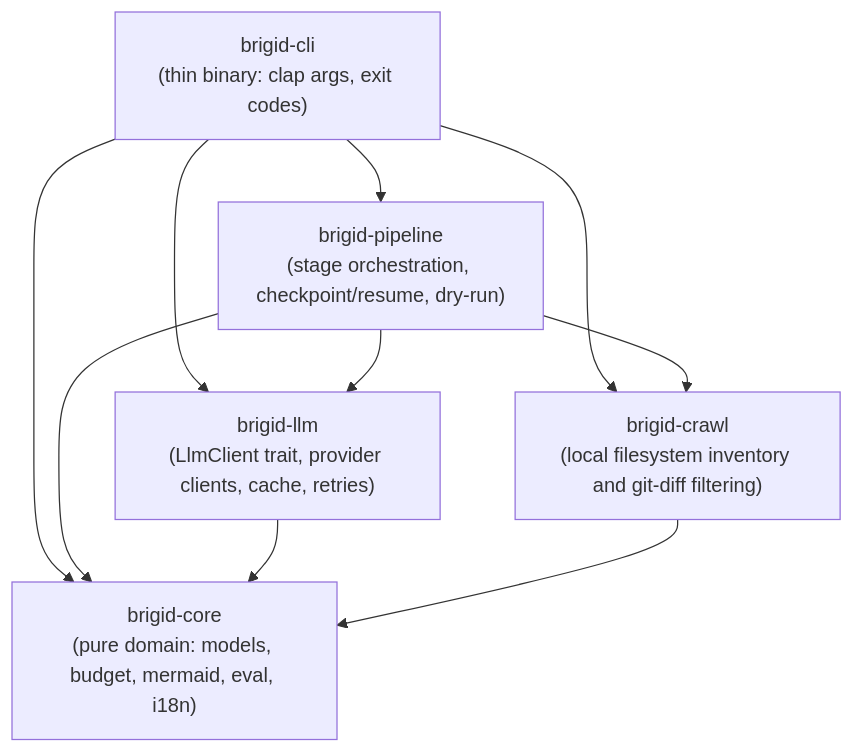
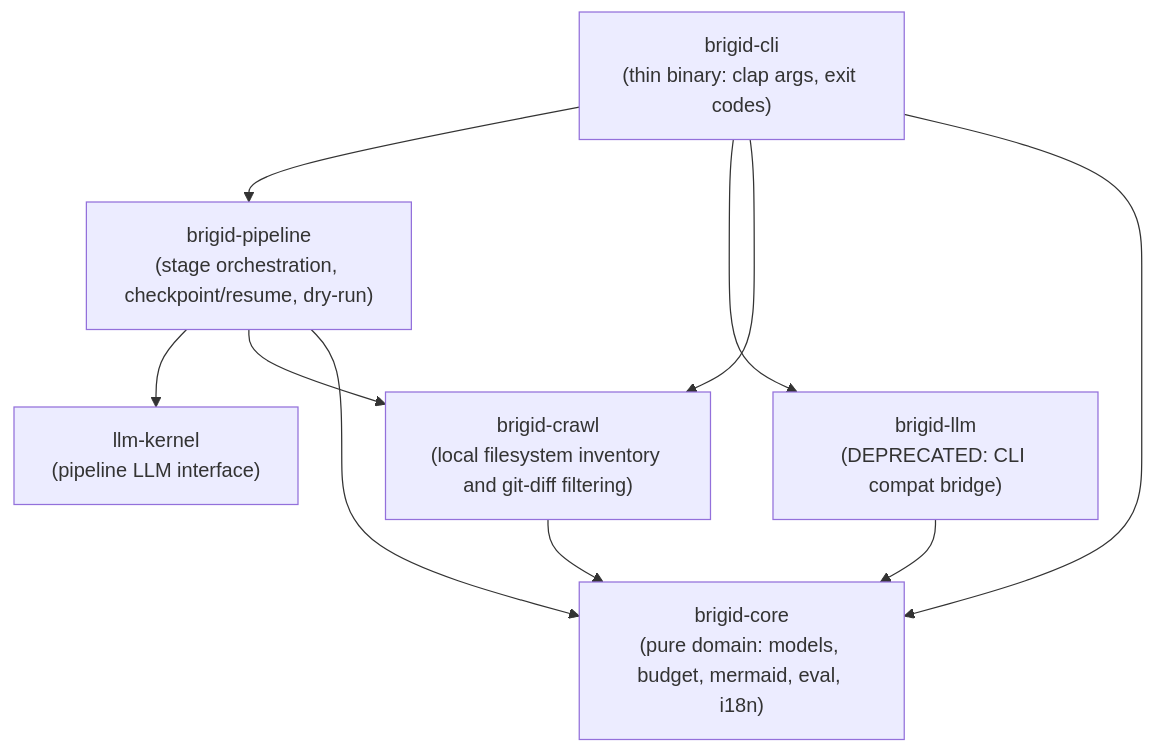
Before and after one commit to igmarin/brigid: the first of 3 diagrams in ARCHITECTURE.md, drawn with Mermaid. The commit also changed other lines of this file and 59 other files, not shown here.

First line of the commit message:
Deprecate brigid llm (#298)

````diff
--- a/ARCHITECTURE.md
+++ b/ARCHITECTURE.md
@@ -18,18 +18,19 @@
 ```mermaid
 graph TD
     CLI["brigid-cli<br/>(thin binary: clap args, exit codes)"]
     Pipeline["brigid-pipeline<br/>(stage orchestration, checkpoint/resume, dry-run)"]
-    LLM["brigid-llm<br/>(LlmClient trait, provider clients, cache, retries)"]
+    LLMKernel["llm-kernel<br/>(pipeline LLM interface)"]
+    LegacyLLM["brigid-llm<br/>(DEPRECATED: CLI compat bridge)"]
     Crawl["brigid-crawl<br/>(local filesystem inventory and git-diff filtering)"]
     Core["brigid-core<br/>(pure domain: models, budget, mermaid, eval, i18n)"]
 
     CLI --> Pipeline
-    CLI --> LLM
+    CLI --> LegacyLLM
     CLI --> Crawl
     CLI --> Core
-    Pipeline --> LLM
+    Pipeline --> LLMKernel
     Pipeline --> Crawl
     Pipeline --> Core
-    LLM --> Core
+    LegacyLLM --> Core
     Crawl --> Core
 ```
````
